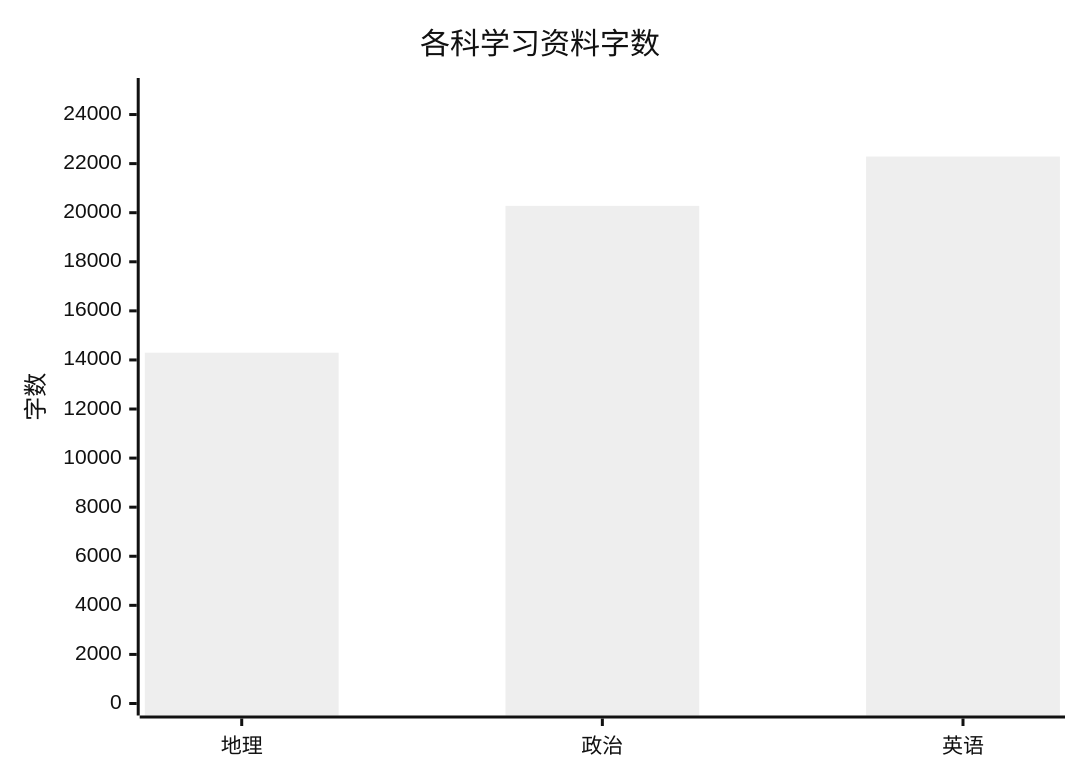
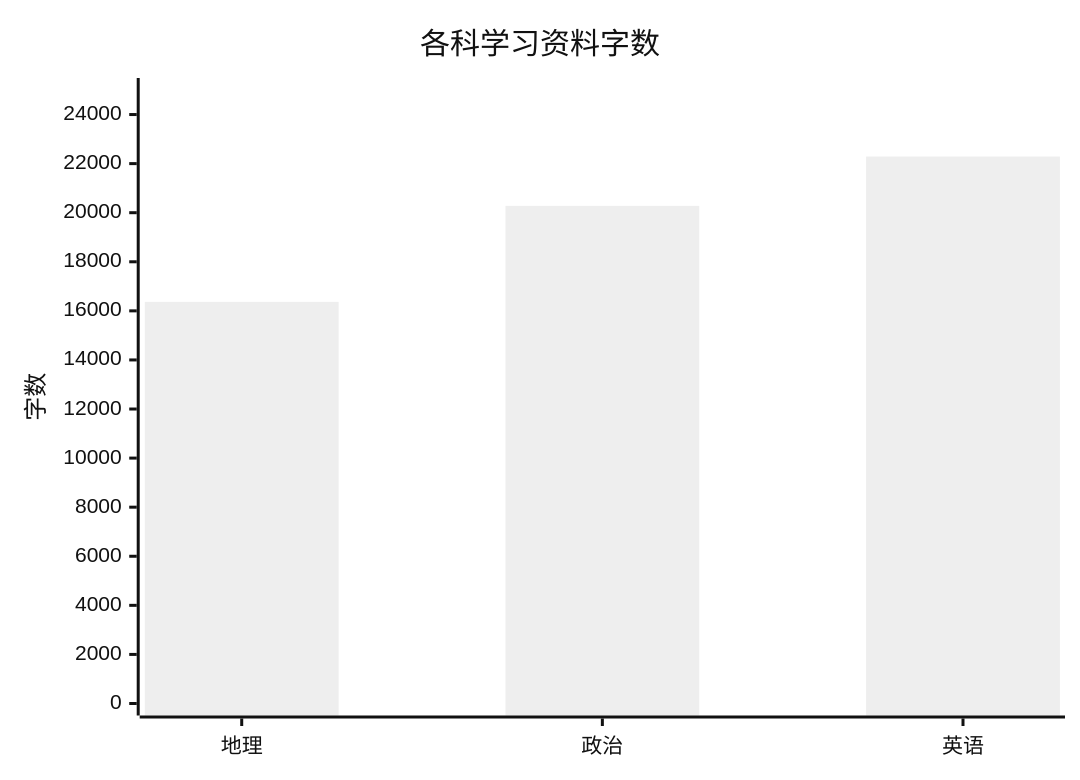
One commit to zhuchenyu2008/Learning-Library changed the first of 3 diagrams in README.md. Above: the diagram before and after it, drawn with Mermaid (neutral theme). The commit also changed other lines of this file, not shown here.

````diff
--- a/README.md
+++ b/README.md
@@ -36,7 +36,7 @@
 ```mermaid
 xychart-beta
     title "各科学习资料字数"
     x-axis ["地理", "政治", "英语"]
     y-axis "字数" 0 --> 25000
-    bar [14296, 20279, 22288]
+    bar [16367, 20279, 22288]
 ```
````
